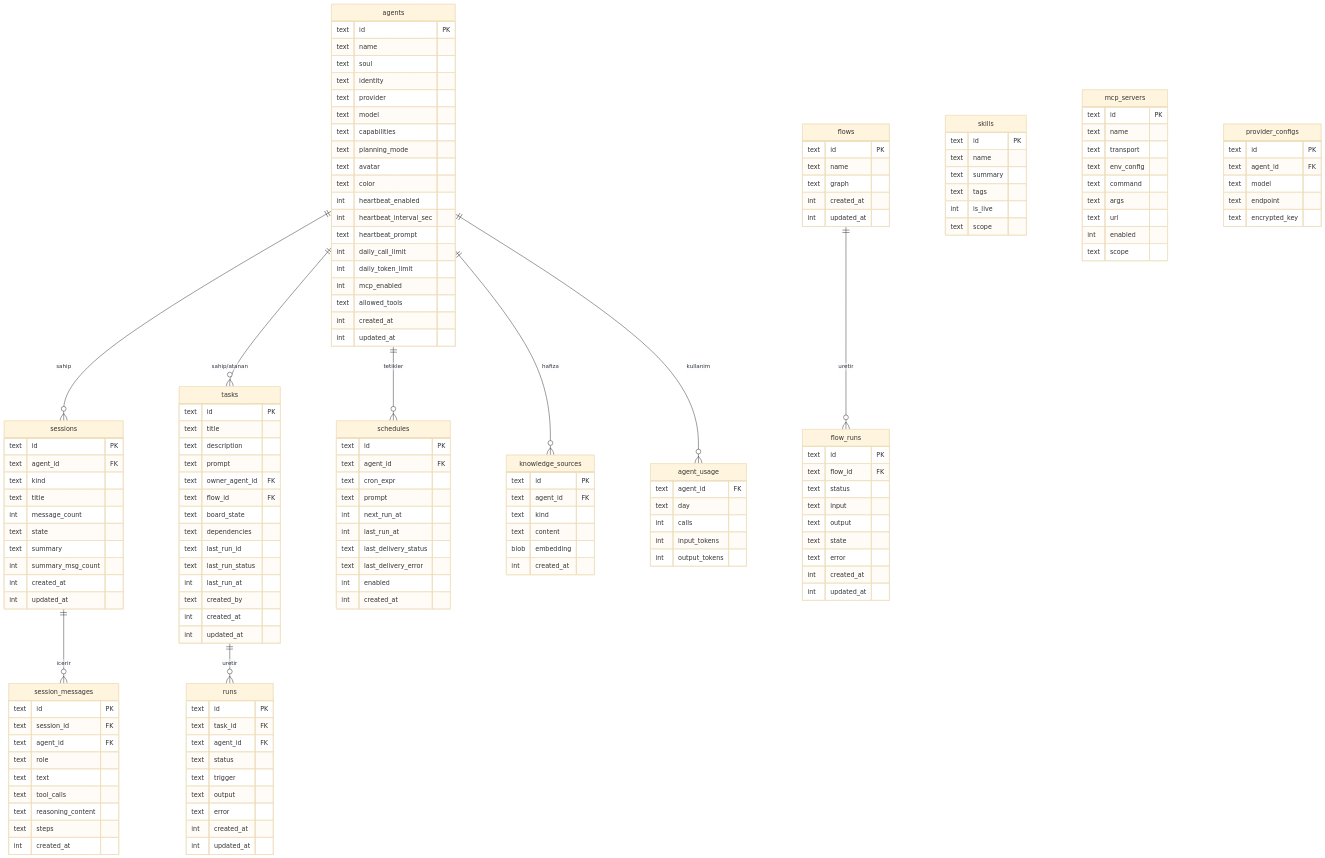
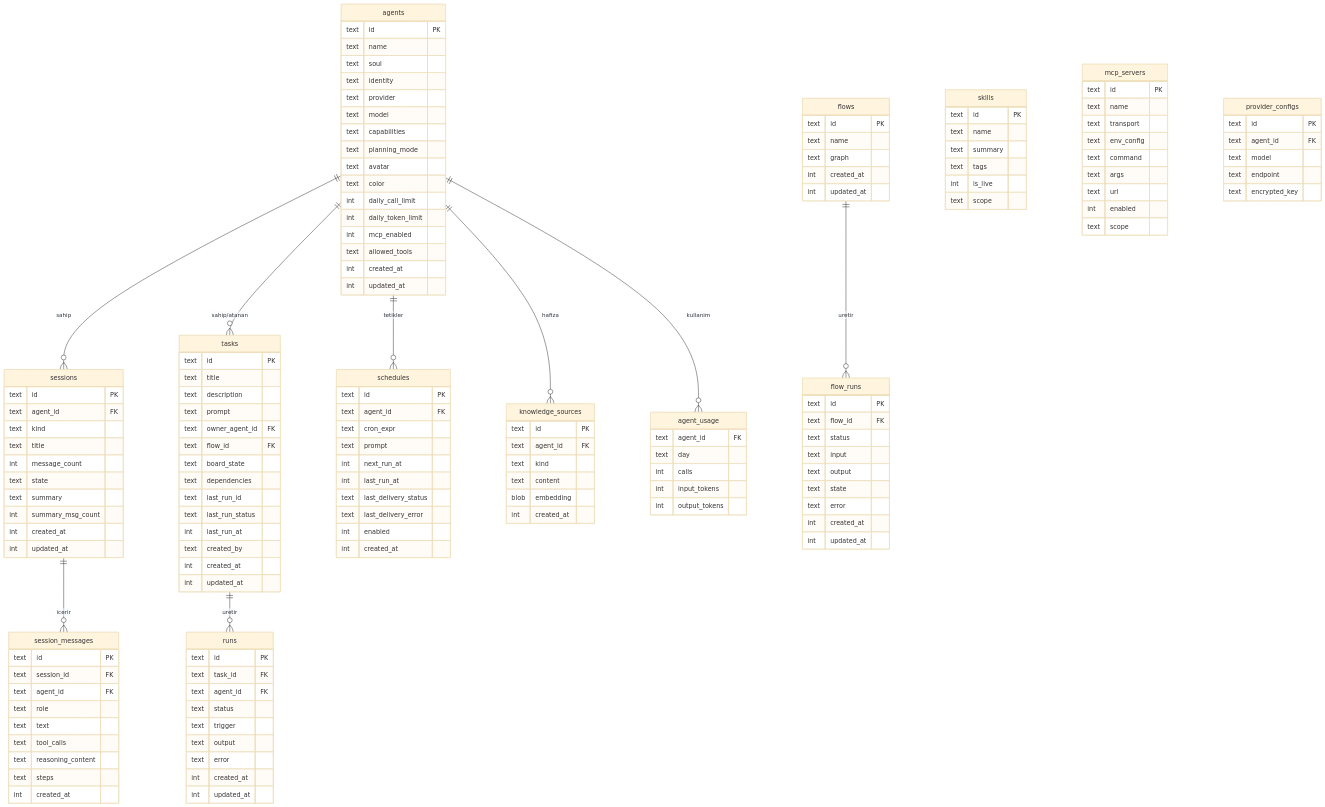
One commit to bilal-arikan/tionharness changed the diagram in _Docs/02-VERI-MODELI.md. Above: the diagram before and after it, drawn with Mermaid (base theme). The commit also changed other lines of this file and 23 other files, not shown here.

```diff
--- a/_Docs/02-VERI-MODELI.md
+++ b/_Docs/02-VERI-MODELI.md
@@ -31,9 +31,6 @@
         text planning_mode
         text avatar
         text color
-        int  heartbeat_enabled
-        int  heartbeat_interval_sec
-        text heartbeat_prompt
         int  daily_call_limit
         int  daily_token_limit
         int  mcp_enabled
```
